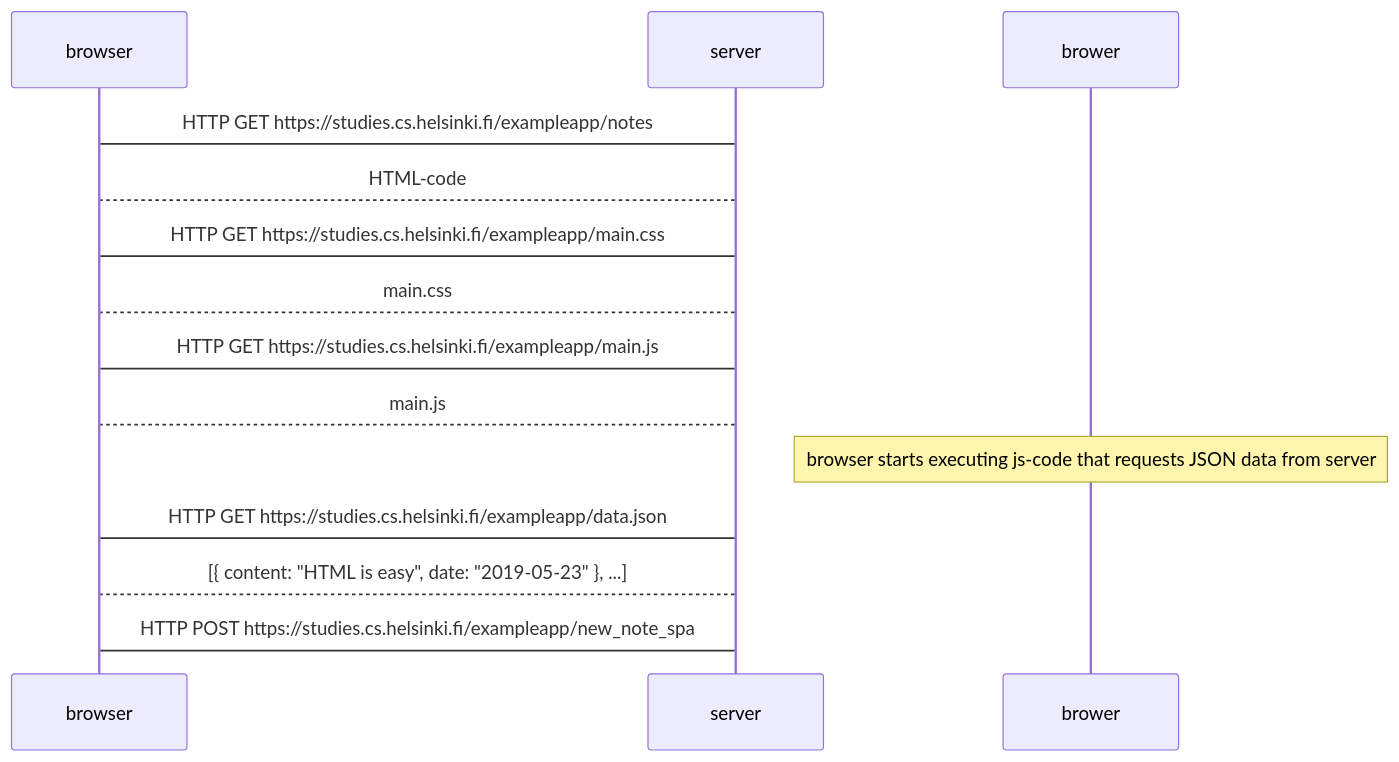
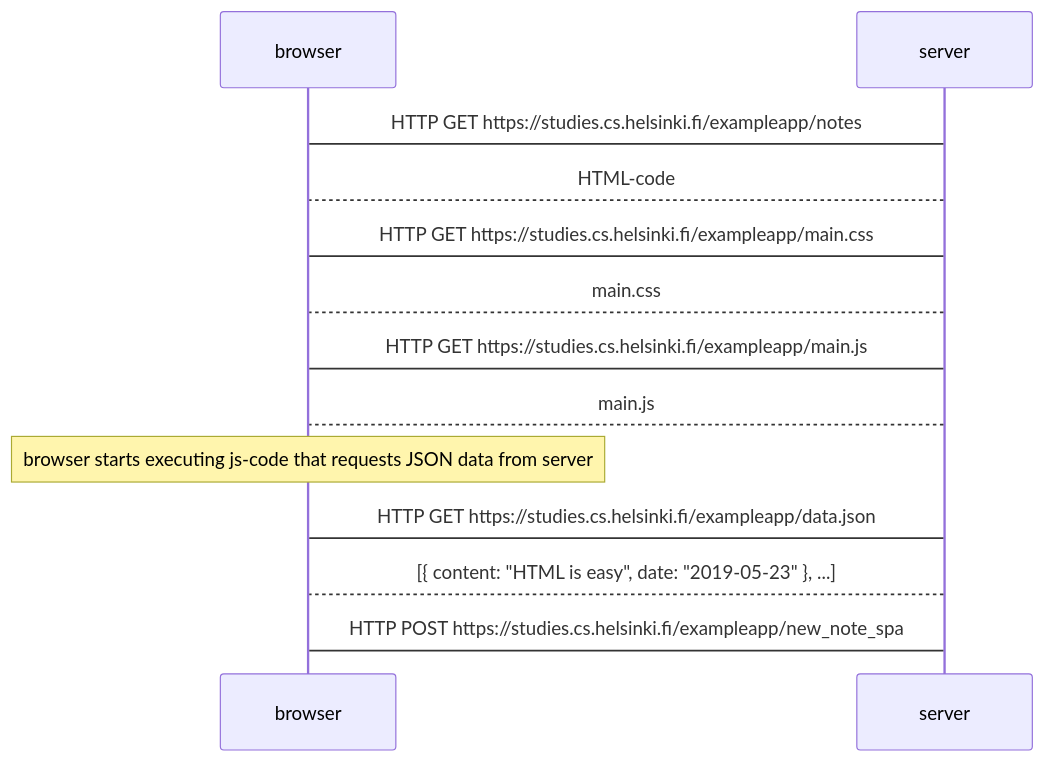
One commit to BoazBerkers/testrepo changed the diagram in readme.md. Above: the diagram before and after it, drawn with Mermaid.

````diff
--- a/readme.md
+++ b/readme.md
@@ -3,18 +3,18 @@
 ```mermaid
 sequenceDiagram
 browser->server: HTTP GET https://studies.cs.helsinki.fi/exampleapp/notes
 server-->browser: HTML-code
 browser->server: HTTP GET https://studies.cs.helsinki.fi/exampleapp/main.css
 server-->browser: main.css
 browser->server: HTTP GET https://studies.cs.helsinki.fi/exampleapp/main.js
 server-->browser: main.js
 
-Note over brower: browser starts executing js-code that requests JSON data from server 
+Note over browser: browser starts executing js-code that requests JSON data from server 
 
 browser->server: HTTP GET https://studies.cs.helsinki.fi/exampleapp/data.json
 server-->browser: [{ content: "HTML is easy", date: "2019-05-23" }, ...]
 
 browser->server: HTTP POST	https://studies.cs.helsinki.fi/exampleapp/new_note_spa
 
     
 ```
````
